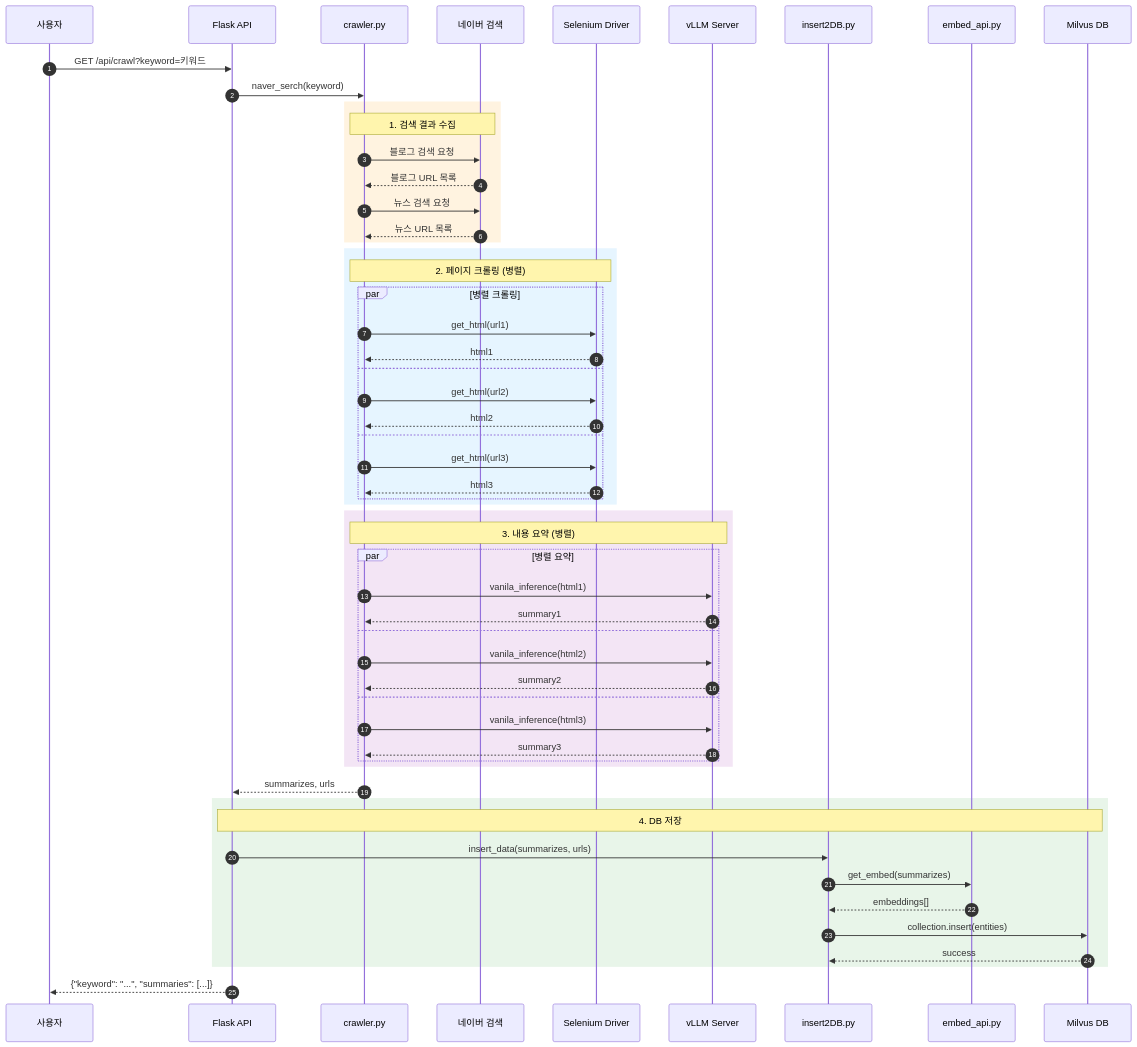
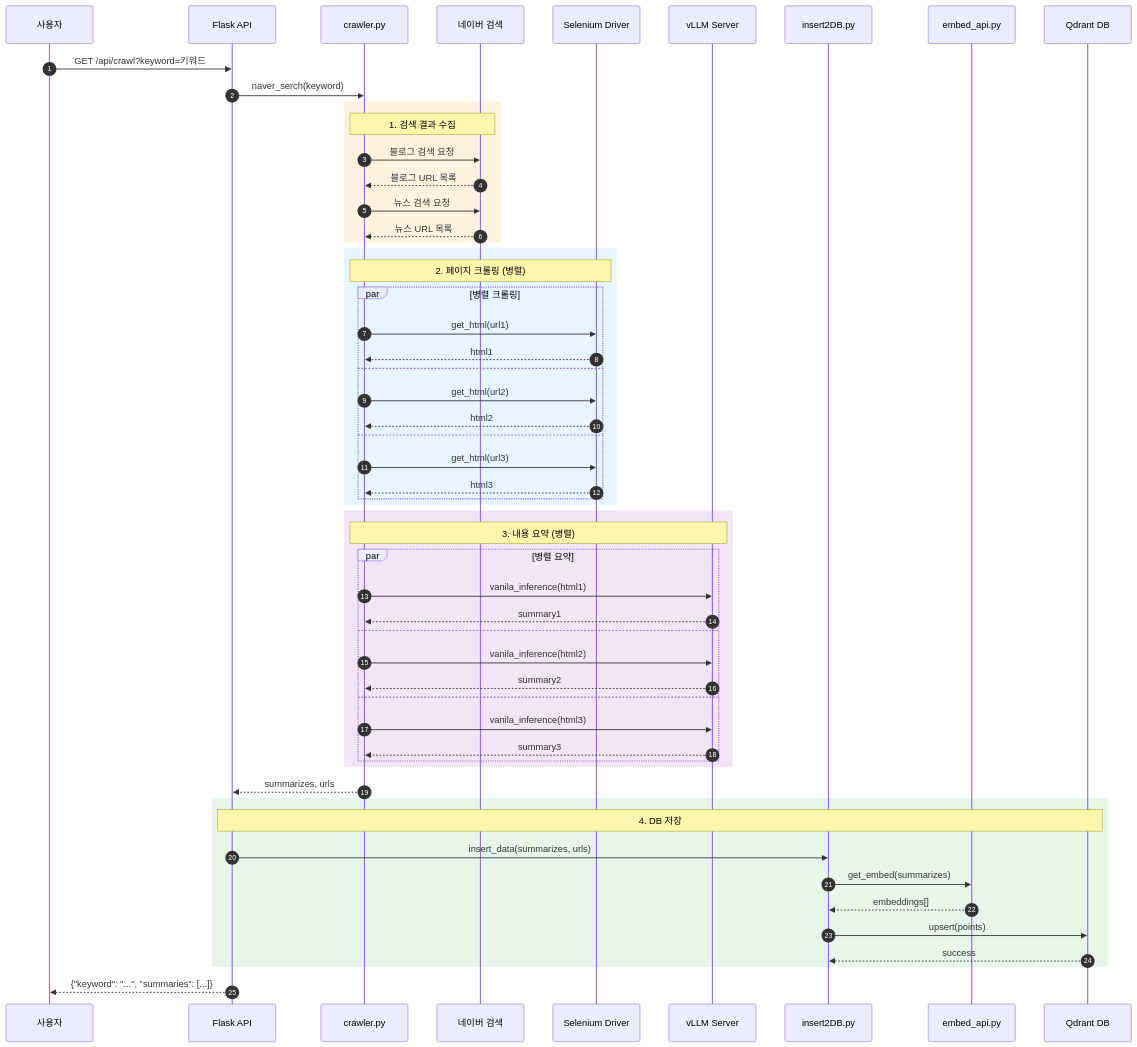
The diagram in assets/diagrams/crawl_sequence.md (JMTdongsan/AI_router), drawn with Mermaid before and after one commit. The commit also changed 21 other files, not shown here.

````diff
--- a/assets/diagrams/crawl_sequence.md
+++ b/assets/diagrams/crawl_sequence.md
@@ -3,65 +3,65 @@
 ```mermaid
 sequenceDiagram
     autonumber
     participant User as 사용자
     participant API as Flask API
     participant Crawler as crawler.py
     participant Naver as 네이버 검색
     participant Selenium as Selenium Driver
     participant LLM as vLLM Server
     participant Insert as insert2DB.py
     participant Embed as embed_api.py
-    participant Milvus as Milvus DB
+    participant Qdrant as Qdrant DB
 
     User->>API: GET /api/crawl?keyword=키워드
     API->>Crawler: naver_serch(keyword)
 
     rect rgb(255, 243, 224)
         Note over Crawler,Naver: 1. 검색 결과 수집
         Crawler->>Naver: 블로그 검색 요청
         Naver-->>Crawler: 블로그 URL 목록
         Crawler->>Naver: 뉴스 검색 요청
         Naver-->>Crawler: 뉴스 URL 목록
     end
 
     rect rgb(230, 245, 255)
         Note over Crawler,Selenium: 2. 페이지 크롤링 (병렬)
         par 병렬 크롤링
             Crawler->>Selenium: get_html(url1)
             Selenium-->>Crawler: html1
         and
             Crawler->>Selenium: get_html(url2)
             Selenium-->>Crawler: html2
         and
             Crawler->>Selenium: get_html(url3)
             Selenium-->>Crawler: html3
         end
     end
 
     rect rgb(243, 229, 245)
         Note over Crawler,LLM: 3. 내용 요약 (병렬)
         par 병렬 요약
             Crawler->>LLM: vanila_inference(html1)
             LLM-->>Crawler: summary1
         and
             Crawler->>LLM: vanila_inference(html2)
             LLM-->>Crawler: summary2
         and
             Crawler->>LLM: vanila_inference(html3)
             LLM-->>Crawler: summary3
         end
     end
 
     Crawler-->>API: summarizes, urls
 
     rect rgb(232, 245, 233)
-        Note over API,Milvus: 4. DB 저장
+        Note over API,Qdrant: 4. DB 저장
         API->>Insert: insert_data(summarizes, urls)
         Insert->>Embed: get_embed(summarizes)
         Embed-->>Insert: embeddings[]
-        Insert->>Milvus: collection.insert(entities)
-        Milvus-->>Insert: success
+        Insert->>Qdrant: upsert(points)
+        Qdrant-->>Insert: success
     end
 
     API-->>User: {"keyword": "...", "summaries": [...]}
 ```
````
